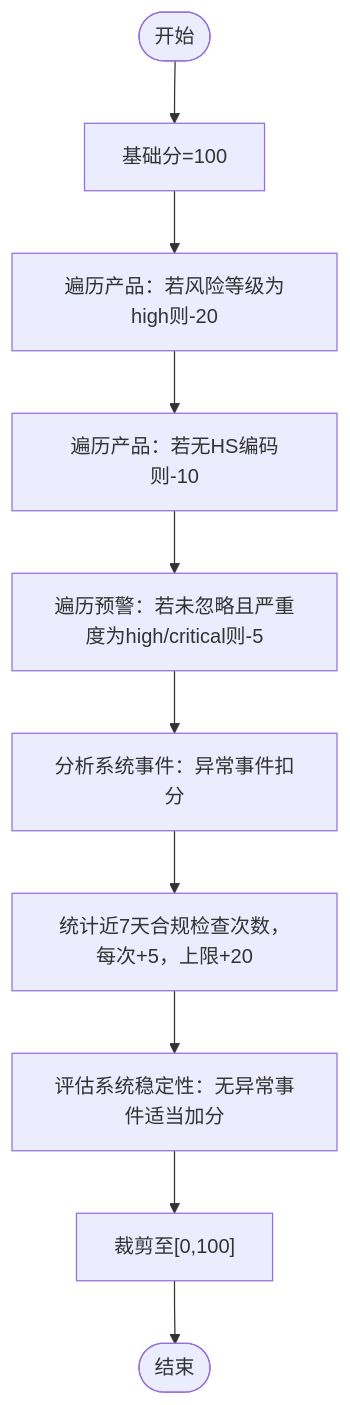
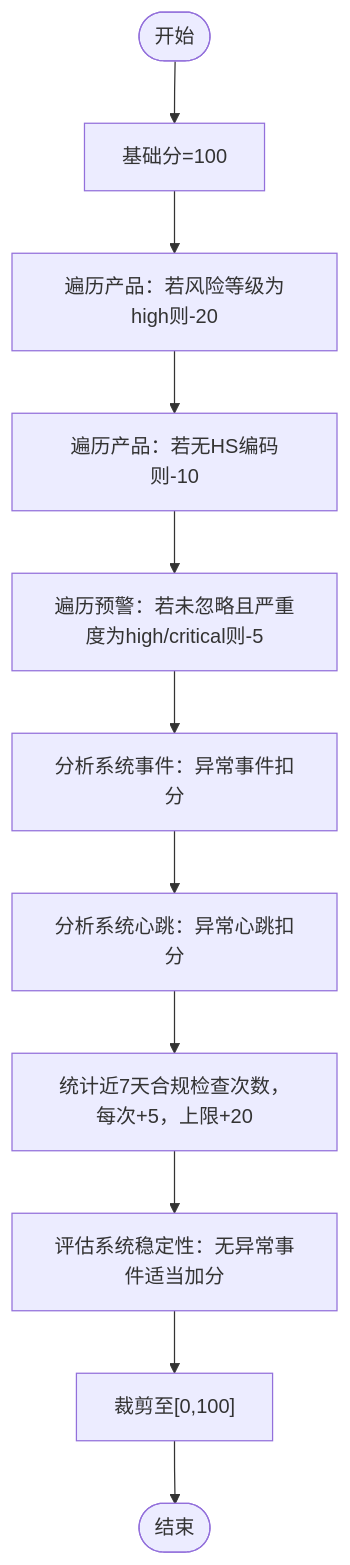
The fourth of 10 diagrams in .qoder/repowiki/zh/content/监控与运维/系统健康监控.md (angledick/-), drawn with Mermaid before and after one commit. The commit also changed other lines of this file and 313 other files, not shown here.

````diff
--- a/.qoder/repowiki/zh/content/监控与运维/系统健康监控.md
+++ b/.qoder/repowiki/zh/content/监控与运维/系统健康监控.md
@@ -235,12 +275,13 @@
 ```mermaid
 flowchart TD
 S(["开始"]) --> Base["基础分=100"]
 Base --> HRisk["遍历产品：若风险等级为high则-20"]
 HRisk --> NoHS["遍历产品：若无HS编码则-10"]
 NoHS --> Alerts["遍历预警：若未忽略且严重度为high/critical则-5"]
 Alerts --> Events["分析系统事件：异常事件扣分"]
-Events --> Checks["统计近7天合规检查次数，每次+5，上限+20"]
+Events --> Heartbeat["分析系统心跳：异常心跳扣分"]
+Heartbeat --> Checks["统计近7天合规检查次数，每次+5，上限+20"]
 Checks --> Stability["评估系统稳定性：无异常事件适当加分"]
 Stability --> Clip["裁剪至[0,100]"]
 Clip --> E(["结束"])
 ```
````
